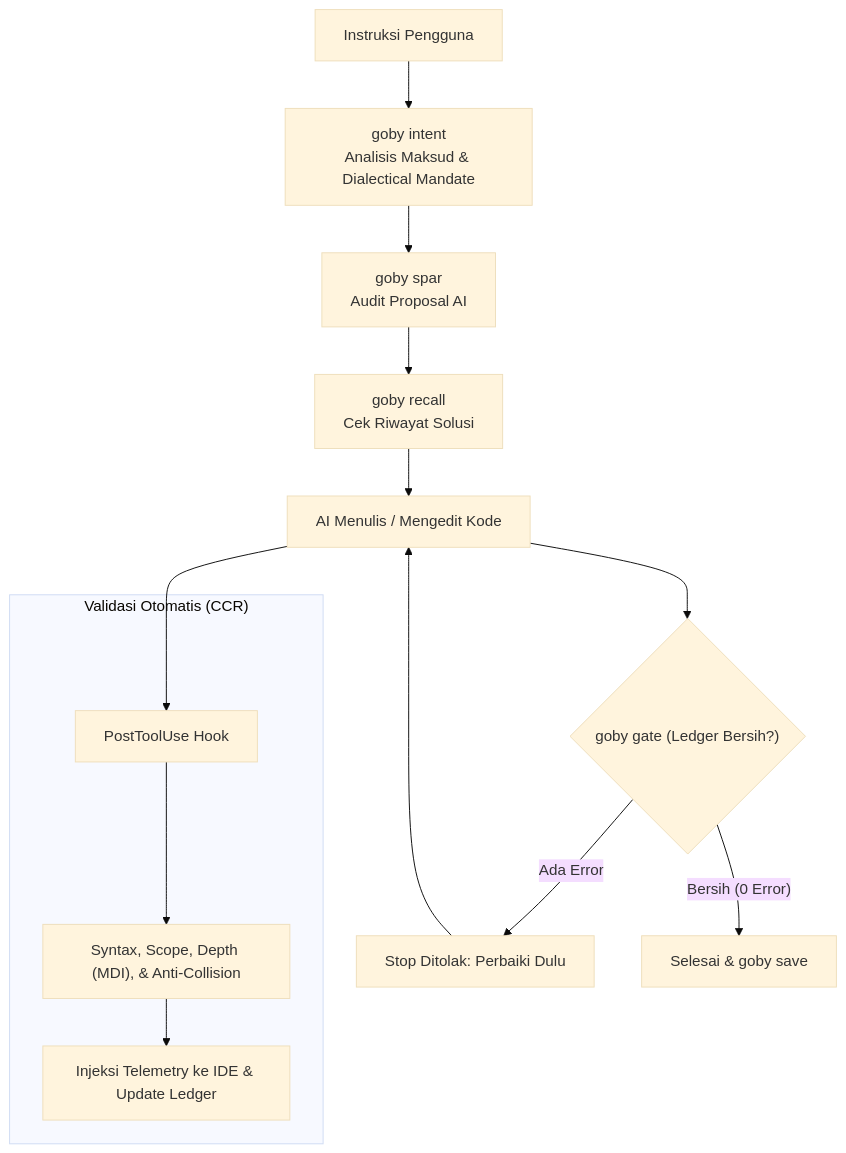
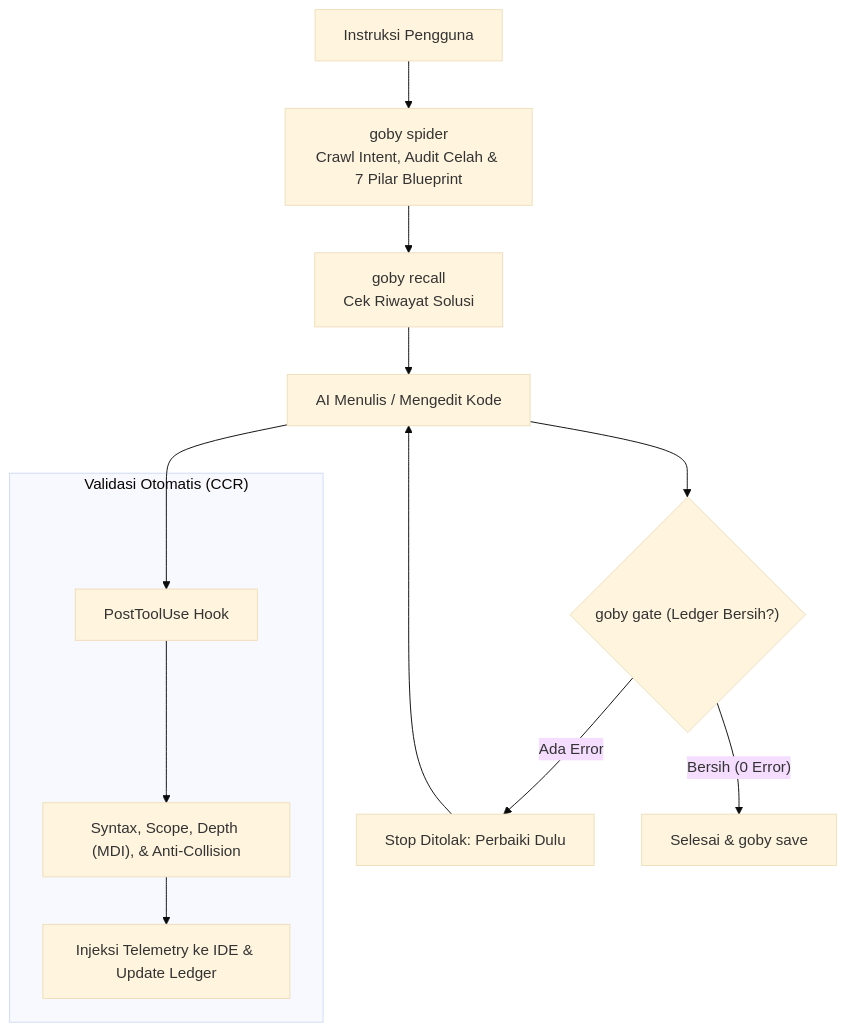
One commit to V4nds/Gobysh changed the diagram in README.md. Above: the diagram before and after it, drawn with Mermaid (base theme). The commit also changed other lines of this file and 2 other files, not shown here.

Commit message:
docs: calibrate AGENTS.md, SKILL.md, and README.md with Prompt Spider & Flaw Detector v5.3

````diff
--- a/README.md
+++ b/README.md
@@ -36,18 +38,17 @@
 ```mermaid
 flowchart TD
-    UserPrompt["Instruksi Pengguna"] --> Intent["goby intent\nAnalisis Maksud & Dialectical Mandate"]
-    Intent --> Spar["goby spar\nAudit Proposal AI"]
-    Spar --> Recall["goby recall\nCek Riwayat Solusi"]
+    UserPrompt["Instruksi Pengguna"] --> Spider["goby spider\nCrawl Intent, Audit Celah & 7 Pilar Blueprint"]
+    Spider --> Recall["goby recall\nCek Riwayat Solusi"]
     Recall --> Code["AI Menulis / Mengedit Kode"]
     
     Code --> Hook["PostToolUse Hook"]
     subgraph Guardrail ["Validasi Otomatis (CCR)"]
         Hook --> Checks["Syntax, Scope, Depth (MDI), & Anti-Collision"]
         Checks --> Telemetry["Injeksi Telemetry ke IDE & Update Ledger"]
     end
     
     Code --> StopGate{"goby gate (Ledger Bersih?)"}
     StopGate -- "Ada Error" --> Block["Stop Ditolak: Perbaiki Dulu"]
     Block --> Code
     StopGate -- "Bersih (0 Error)" --> Finish["Selesai & goby save"]
 ```
````
